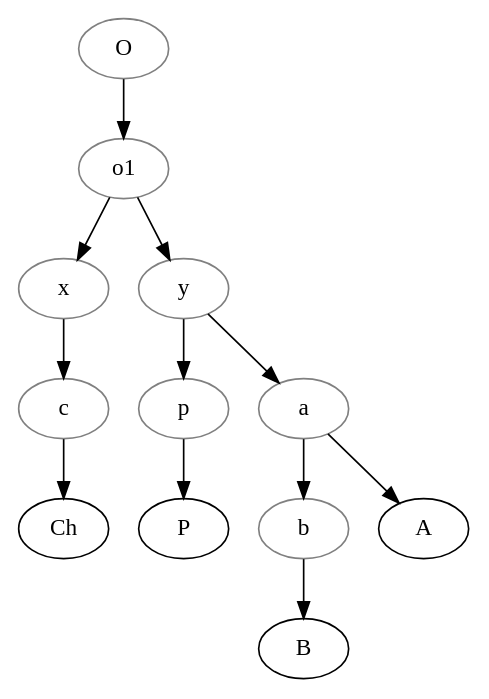
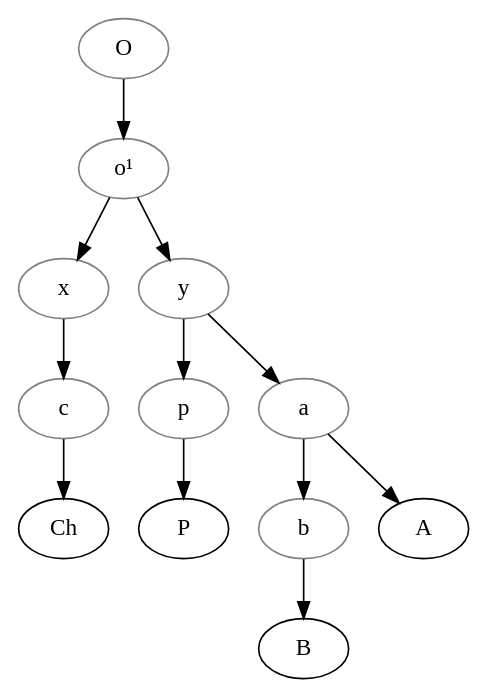
The diagram in data/fro/Lewis_1915_ApolloniusTyrII/stemma.gv (OpenStemmata/database), drawn with Graphviz before and after one commit. The commit also changed 13 other files, not shown here.

```diff
--- a/data/fro/Lewis_1915_ApolloniusTyrII/stemma.gv
+++ b/data/fro/Lewis_1915_ApolloniusTyrII/stemma.gv
@@ -1,25 +1,26 @@
 digraph {
 O[color="grey"];
 o1[color="grey"];
 x[color="grey"];
 c[color="grey"];
 y[color="grey"];
 p[color="grey"];
 a[color="grey"];
 b[color="grey"];
+o1[label="o¹"];
 
 O->o1;
 o1->x;
 x->c;
 c->Ch;
 o1->y;
 y->p;
 p->P;
 y->a;
 a->A;
 a->b;
 b->B;
 
 
 
 }
```
